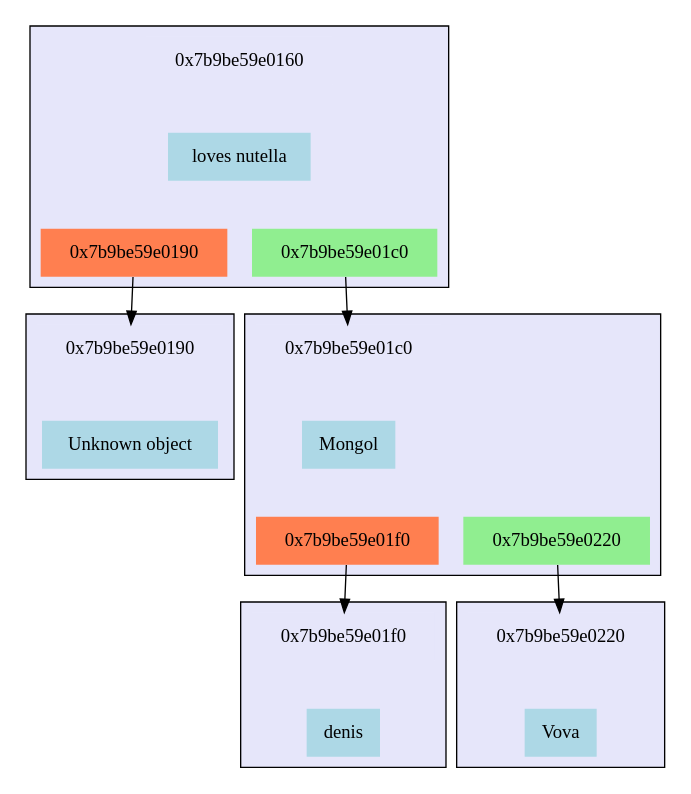
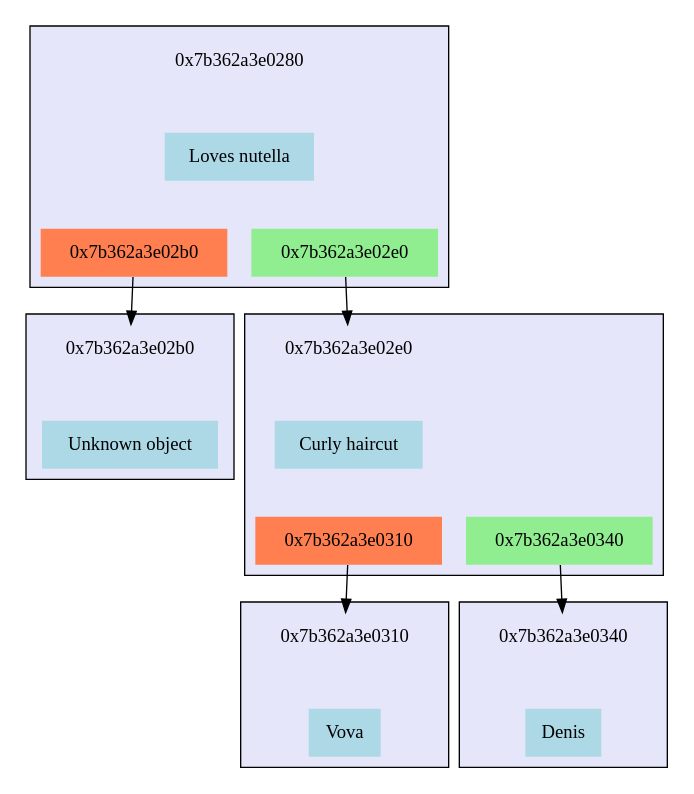
One commit to MasterVAE/MIPT_Akinator changed the diagram in files/tree.dot. Above: the diagram before and after it, drawn with Graphviz. The commit also changed 8 other files, not shown here.

```diff
--- a/files/tree.dot
+++ b/files/tree.dot
@@ -1,80 +1,80 @@
 digraph G {	 node [shape=plaintext, style="filled"];
 	 rankdir=TB;
-subgraph cluster_0x7b9be59e0160                                     
+subgraph cluster_0x7b362a3e0280                                     
 {                                                       
 	style=filled;                                         
 	rank=0;                                              
 	fillcolor=lavender;                                   
-	"0x7b9be59e0160_address"[label="0x7b9be59e0160",fillcolor="lavender"];  
-	"0x7b9be59e0160_value"[label="loves nutella",fillcolor="lightblue"];   
-	subgraph "0x7b9be59e0160_bottom"                                
+	"0x7b362a3e0280_address"[label="0x7b362a3e0280",fillcolor="lavender"];  
+	"0x7b362a3e0280_value"[label="Loves nutella",fillcolor="lightblue"];   
+	subgraph "0x7b362a3e0280_bottom"                                
 	{                                                     
 		 style=invis;                                       
-		"0x7b9be59e0160_left"[label="0x7b9be59e0190",fillcolor="coral"];      
-		"0x7b9be59e0160_right"[label="0x7b9be59e01c0",fillcolor="lightgreen"];
+		"0x7b362a3e0280_left"[label="0x7b362a3e02b0",fillcolor="coral"];      
+		"0x7b362a3e0280_right"[label="0x7b362a3e02e0",fillcolor="lightgreen"];
 	}                                                     
-	"0x7b9be59e0160_address"->"0x7b9be59e0160_value"[style=invis,weight=10];  
-	"0x7b9be59e0160_value"->"0x7b9be59e0160_left"[style=invis,weight=10];     
-	"0x7b9be59e0160_value"->"0x7b9be59e0160_right"[style=invis,weight=10];    
+	"0x7b362a3e0280_address"->"0x7b362a3e0280_value"[style=invis,weight=10];  
+	"0x7b362a3e0280_value"->"0x7b362a3e0280_left"[style=invis,weight=10];     
+	"0x7b362a3e0280_value"->"0x7b362a3e0280_right"[style=invis,weight=10];    
 }                                                       
-"0x7b9be59e0160_left" -> "0x7b9be59e0190_address";
-subgraph cluster_0x7b9be59e0190                                     
+"0x7b362a3e0280_left" -> "0x7b362a3e02b0_address";
+subgraph cluster_0x7b362a3e02b0                                     
 {                                                       
 	style=filled;                                         
 	rank=1;                                              
 	fillcolor=lavender;                                   
-	"0x7b9be59e0190_address"[label="0x7b9be59e0190",fillcolor="lavender"];  
-	"0x7b9be59e0190_value"[label="Unknown object",fillcolor="lightblue"];   
-	subgraph "0x7b9be59e0190_bottom"                                
+	"0x7b362a3e02b0_address"[label="0x7b362a3e02b0",fillcolor="lavender"];  
+	"0x7b362a3e02b0_value"[label="Unknown object",fillcolor="lightblue"];   
+	subgraph "0x7b362a3e02b0_bottom"                                
 	{                                                     
 		 style=invis;                                       
 	}                                                     
-	"0x7b9be59e0190_address"->"0x7b9be59e0190_value"[style=invis,weight=10];  
+	"0x7b362a3e02b0_address"->"0x7b362a3e02b0_value"[style=invis,weight=10];  
 }                                                       
-"0x7b9be59e0160_right" -> "0x7b9be59e01c0_address";
-subgraph cluster_0x7b9be59e01c0                                     
+"0x7b362a3e0280_right" -> "0x7b362a3e02e0_address";
+subgraph cluster_0x7b362a3e02e0                                     
 {                                                       
 	style=filled;                                         
 	rank=1;                                              
 	fillcolor=lavender;                                   
-	"0x7b9be59e01c0_address"[label="0x7b9be59e01c0",fillcolor="lavender"];  
-	"0x7b9be59e01c0_value"[label="Mongol",fillcolor="lightblue"];   
-	subgraph "0x7b9be59e01c0_bottom"                                
+	"0x7b362a3e02e0_address"[label="0x7b362a3e02e0",fillcolor="lavender"];  
+	"0x7b362a3e02e0_value"[label="Curly haircut",fillcolor="lightblue"];   
+	subgraph "0x7b362a3e02e0_bottom"                                
 	{                                                     
 		 style=invis;                                       
-		"0x7b9be59e01c0_left"[label="0x7b9be59e01f0",fillcolor="coral"];      
-		"0x7b9be59e01c0_right"[label="0x7b9be59e0220",fillcolor="lightgreen"];
+		"0x7b362a3e02e0_left"[label="0x7b362a3e0310",fillcolor="coral"];      
+		"0x7b362a3e02e0_right"[label="0x7b362a3e0340",fillcolor="lightgreen"];
 	}                                                     
-	"0x7b9be59e01c0_address"->"0x7b9be59e01c0_value"[style=invis,weight=10];  
-	"0x7b9be59e01c0_value"->"0x7b9be59e01c0_left"[style=invis,weight=10];     
-	"0x7b9be59e01c0_value"->"0x7b9be59e01c0_right"[style=invis,weight=10];    
+	"0x7b362a3e02e0_address"->"0x7b362a3e02e0_value"[style=invis,weight=10];  
+	"0x7b362a3e02e0_value"->"0x7b362a3e02e0_left"[style=invis,weight=10];     
+	"0x7b362a3e02e0_value"->"0x7b362a3e02e0_right"[style=invis,weight=10];    
 }                                                       
-"0x7b9be59e01c0_left" -> "0x7b9be59e01f0_address";
-subgraph cluster_0x7b9be59e01f0                                     
+"0x7b362a3e02e0_left" -> "0x7b362a3e0310_address";
+subgraph cluster_0x7b362a3e0310                                     
 {                                                       
 	style=filled;                                         
 	rank=2;                                              
 	fillcolor=lavender;                                   
-	"0x7b9be59e01f0_address"[label="0x7b9be59e01f0",fillcolor="lavender"];  
-	"0x7b9be59e01f0_value"[label="denis",fillcolor="lightblue"];   
-	subgraph "0x7b9be59e01f0_bottom"                                
+	"0x7b362a3e0310_address"[label="0x7b362a3e0310",fillcolor="lavender"];  
+	"0x7b362a3e0310_value"[label="Vova",fillcolor="lightblue"];   
+	subgraph "0x7b362a3e0310_bottom"                                
 	{                                                     
 		 style=invis;                                       
 	}                                                     
-	"0x7b9be59e01f0_address"->"0x7b9be59e01f0_value"[style=invis,weight=10];  
+	"0x7b362a3e0310_address"->"0x7b362a3e0310_value"[style=invis,weight=10];  
 }                                                       
-"0x7b9be59e01c0_right" -> "0x7b9be59e0220_address";
-subgraph cluster_0x7b9be59e0220                                     
+"0x7b362a3e02e0_right" -> "0x7b362a3e0340_address";
+subgraph cluster_0x7b362a3e0340                                     
 {                                                       
 	style=filled;                                         
 	rank=2;                                              
 	fillcolor=lavender;                                   
-	"0x7b9be59e0220_address"[label="0x7b9be59e0220",fillcolor="lavender"];  
-	"0x7b9be59e0220_value"[label="Vova",fillcolor="lightblue"];   
-	subgraph "0x7b9be59e0220_bottom"                                
+	"0x7b362a3e0340_address"[label="0x7b362a3e0340",fillcolor="lavender"];  
+	"0x7b362a3e0340_value"[label="Denis",fillcolor="lightblue"];   
+	subgraph "0x7b362a3e0340_bottom"                                
 	{                                                     
 		 style=invis;                                       
 	}                                                     
-	"0x7b9be59e0220_address"->"0x7b9be59e0220_value"[style=invis,weight=10];  
+	"0x7b362a3e0340_address"->"0x7b362a3e0340_value"[style=invis,weight=10];  
 }                                                       
 }
```
